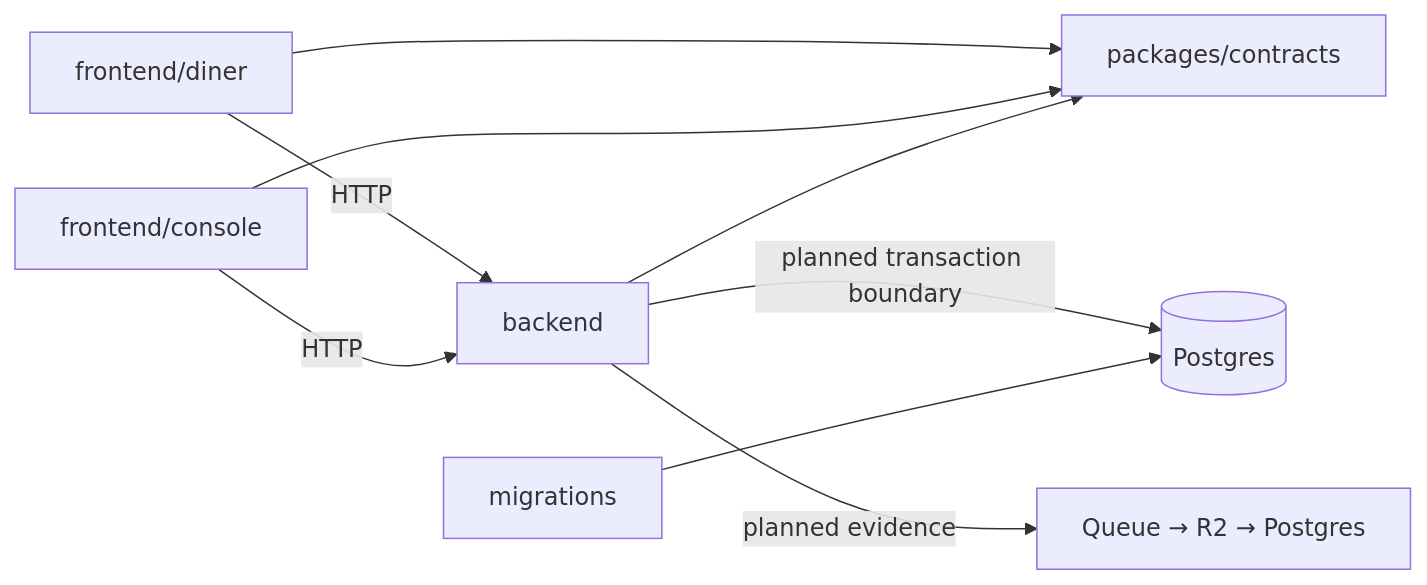
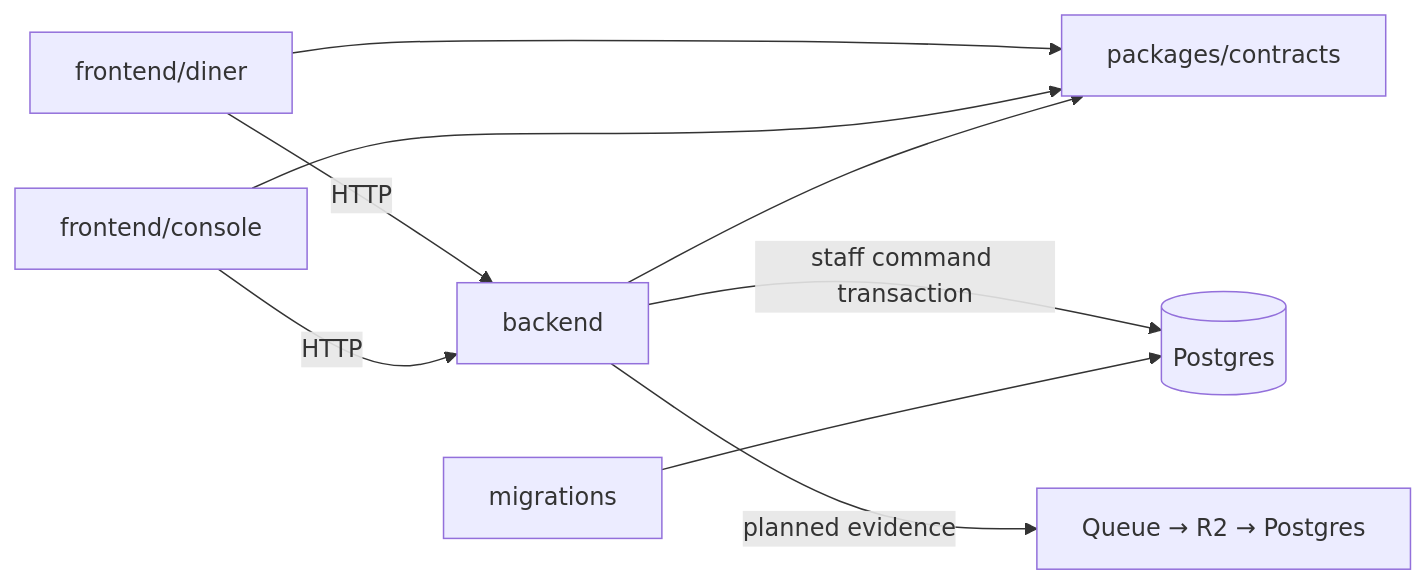
Before and after one commit to myler71/peekaplate: the diagram in docs/architecture.md, drawn with Mermaid. The commit also changed other lines of this file and 25 other files, not shown here.

````diff
--- a/docs/architecture.md
+++ b/docs/architecture.md
@@ -7,11 +7,11 @@
 ```mermaid
 flowchart LR
   D[frontend/diner] --> C[packages/contracts]
   S[frontend/console] --> C
   B[backend] --> C
   D -->|HTTP| B
   S -->|HTTP| B
-  B -->|planned transaction boundary| PG[(Postgres)]
+  B -->|staff command transaction| PG[(Postgres)]
   M[migrations] --> PG
   B -->|planned evidence| Q[Queue → R2 → Postgres]
 ```
````
